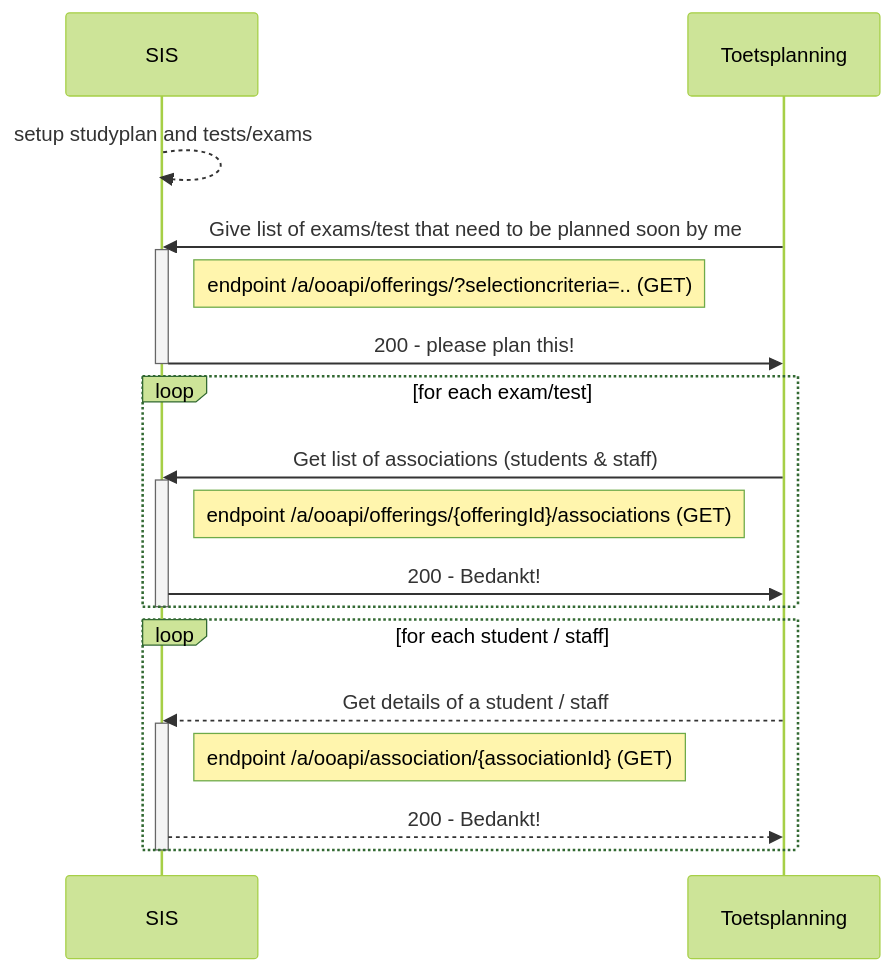
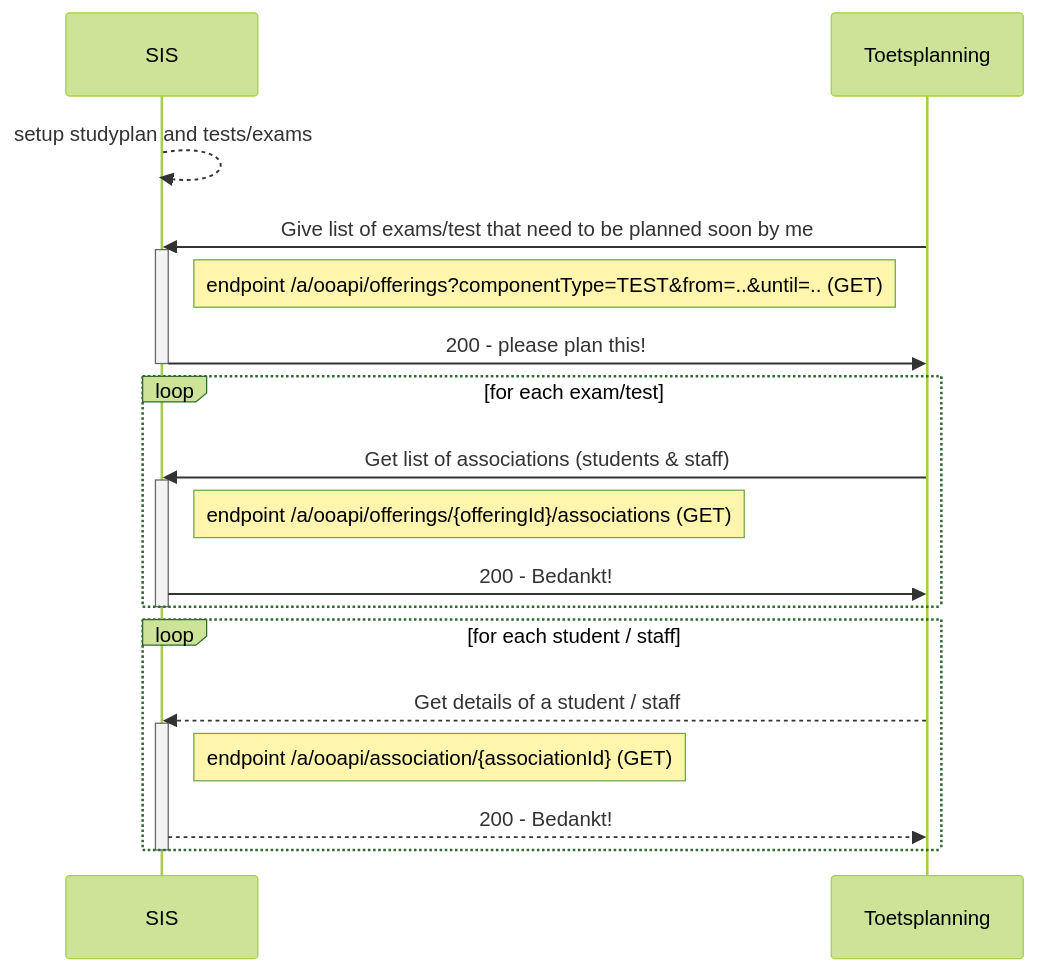
Before and after one commit to NetwerkExamineringDigitalisering/NED-OOAPI: the first of 5 diagrams in doc/flow1.md, drawn with Mermaid (forest theme). The commit also changed other lines of this file and 6 other files, not shown here.

Commit message:
update flow1 add scopes and groups

````diff
--- a/doc/flow1.md
+++ b/doc/flow1.md
@@ -59,28 +60,28 @@
 ```mermaid
 sequenceDiagram
     participant SIS
     participant Toetsplanning
     SIS-->>SIS: setup studyplan and tests/exams
     Toetsplanning->>SIS : Give list of exams/test that need to be planned soon by me
     activate SIS
-    Note right of SIS: endpoint /a/ooapi/offerings/?selectioncriteria=.. (GET)
+    Note right of SIS: endpoint /a/ooapi/offerings?componentType=TEST&from=..&until=.. (GET)
     SIS->>Toetsplanning : 200 - please plan this!
     deactivate SIS
 
     loop for each exam/test
         Toetsplanning->>SIS: Get list of associations (students & staff)
         activate SIS
         Note right of SIS: endpoint /a/ooapi/offerings/{offeringId}/associations (GET)
         SIS->>Toetsplanning: 200 - Bedankt!
     end
     deactivate SIS
 
     loop for each student / staff
         Toetsplanning-->>SIS: Get details of a student / staff
         activate SIS
         Note right of SIS: endpoint /a/ooapi/association/{associationId} (GET)
         SIS-->>Toetsplanning: 200 - Bedankt!
     end
     deactivate SIS
 
 ```
````
